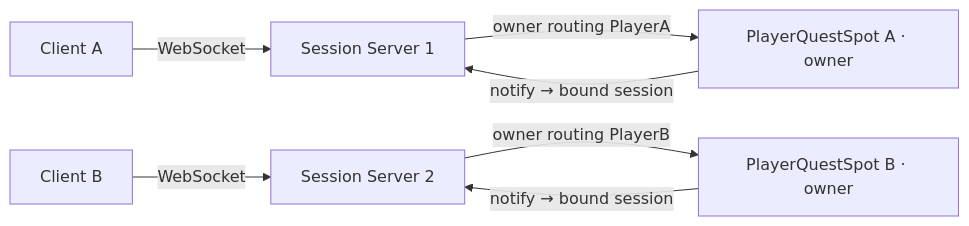
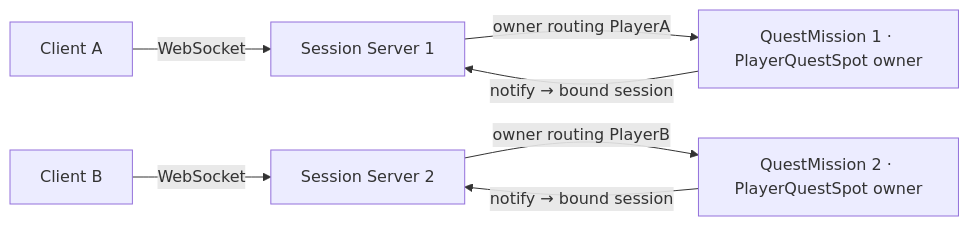
One commit to kairos-code-dev/zlink changed the fourth of 7 diagrams in framework/doc/framework/common/sample/event/gamequest.ko.md. Above: the diagram before and after it, drawn with Mermaid. The commit also changed other lines of this file and 102 other files, not shown here.

````diff
--- a/framework/doc/framework/common/sample/event/gamequest.ko.md
+++ b/framework/doc/framework/common/sample/event/gamequest.ko.md
@@ -254,16 +255,16 @@
 ```mermaid
 graph LR
     C1[Client A]
     C2[Client B]
     SS1[Session Server 1]
     SS2[Session Server 2]
-    PA[PlayerQuestSpot A · owner]
-    PB[PlayerQuestSpot B · owner]
+    PA[QuestMission 1 · PlayerQuestSpot owner]
+    PB[QuestMission 2 · PlayerQuestSpot owner]
 
     C1 -->|WebSocket| SS1
     C2 -->|WebSocket| SS2
     SS1 -->|owner routing PlayerA| PA
     SS2 -->|owner routing PlayerB| PB
     PA -->|notify → bound session| SS1
     PB -->|notify → bound session| SS2
 ```
````
